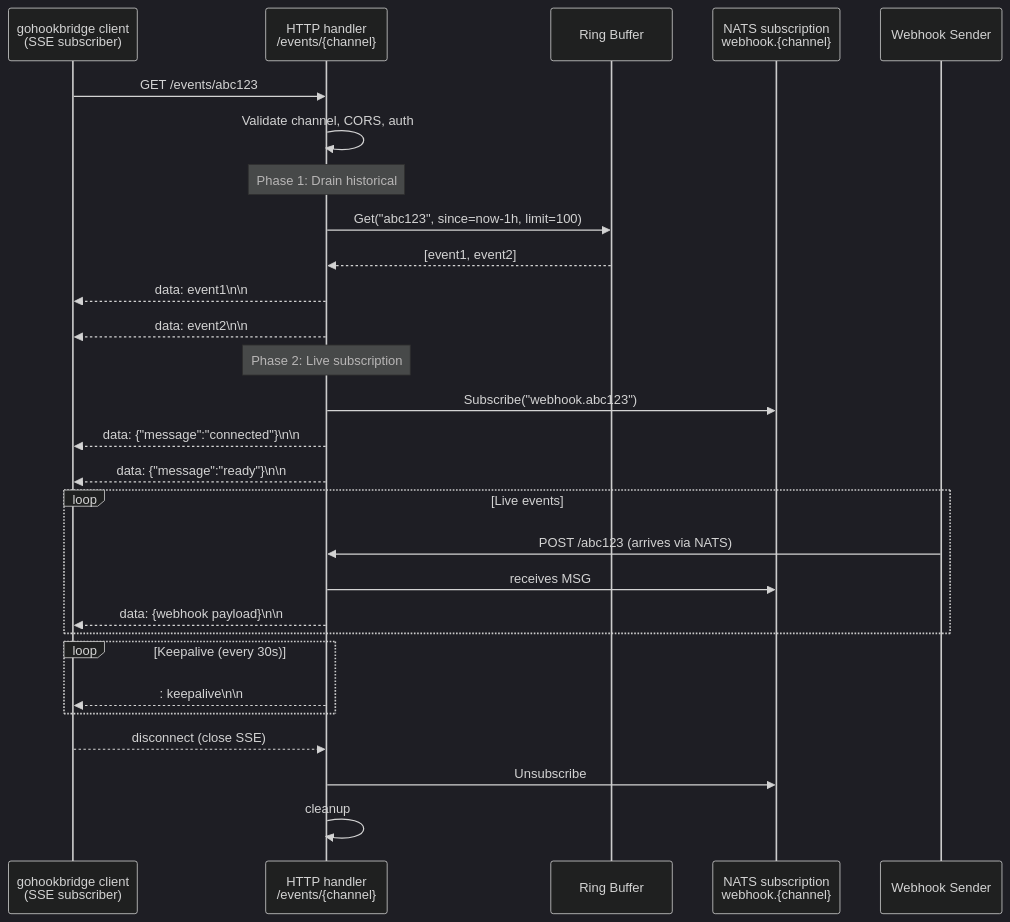
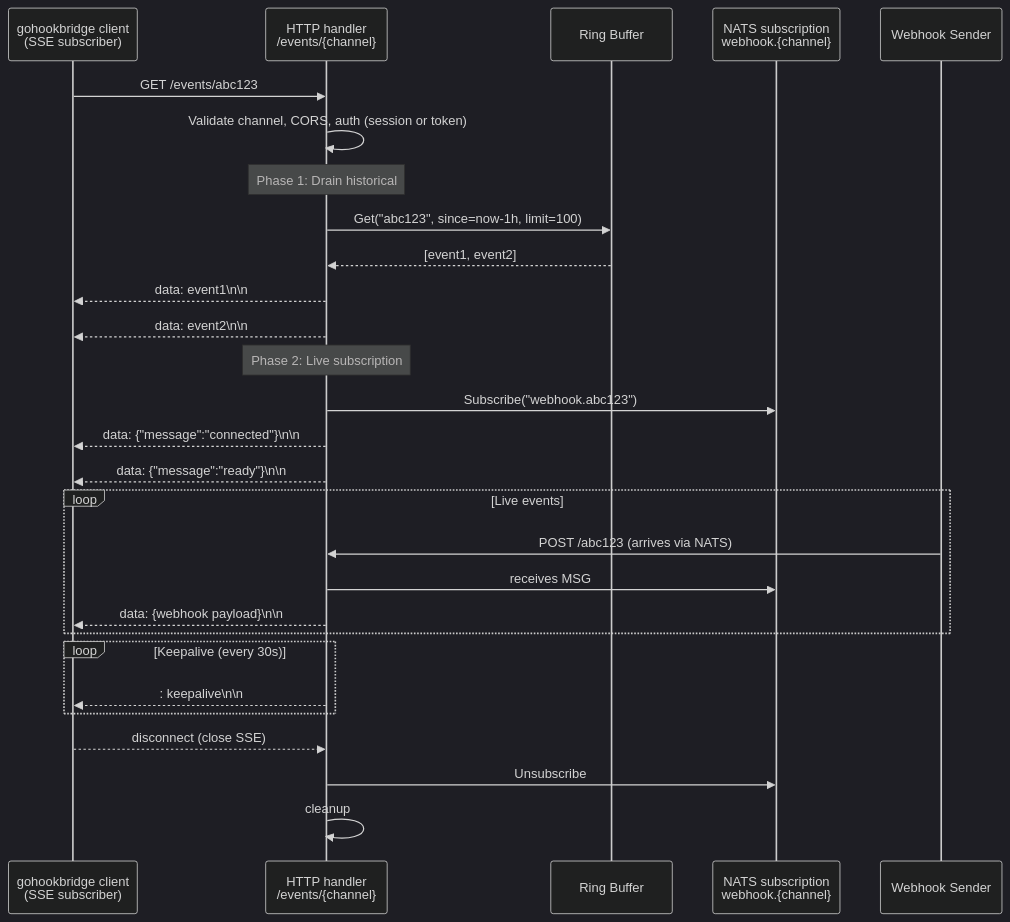
The seventh of 15 diagrams in design.md (webcenter-fr/gohookbridge), drawn with Mermaid (dark theme) before and after one commit. The commit also changed 59 other files, not shown here.

````diff
--- a/design.md
+++ b/design.md
@@ -321,37 +321,37 @@
 ```mermaid
 sequenceDiagram
     participant Client as gohookbridge client<br/>(SSE subscriber)
     participant HTTP as HTTP handler<br/>/events/{channel}
     participant RB as Ring Buffer
     participant NATS as NATS subscription<br/>webhook.{channel}
     participant Sender as Webhook Sender
 
     Client->>HTTP: GET /events/abc123
-    HTTP->>HTTP: Validate channel, CORS, auth
+    HTTP->>HTTP: Validate channel, CORS, auth (session or token)
 
     Note over HTTP: Phase 1: Drain historical
     HTTP->>RB: Get("abc123", since=now-1h, limit=100)
     RB-->>HTTP: [event1, event2]
     HTTP-->>Client: data: event1\n\n
     HTTP-->>Client: data: event2\n\n
 
     Note over HTTP: Phase 2: Live subscription
     HTTP->>NATS: Subscribe("webhook.abc123")
 
     HTTP-->>Client: data: {"message":"connected"}\n\n
     HTTP-->>Client: data: {"message":"ready"}\n\n
 
     loop Live events
         Sender->>HTTP: POST /abc123 (arrives via NATS)
         HTTP->>NATS: receives MSG
         HTTP-->>Client: data: {webhook payload}\n\n
     end
 
     loop Keepalive (every 30s)
         HTTP-->>Client: : keepalive\n\n
     end
 
     Client-->>HTTP: disconnect (close SSE)
     HTTP->>NATS: Unsubscribe
     HTTP->>HTTP: cleanup
 ```
````
